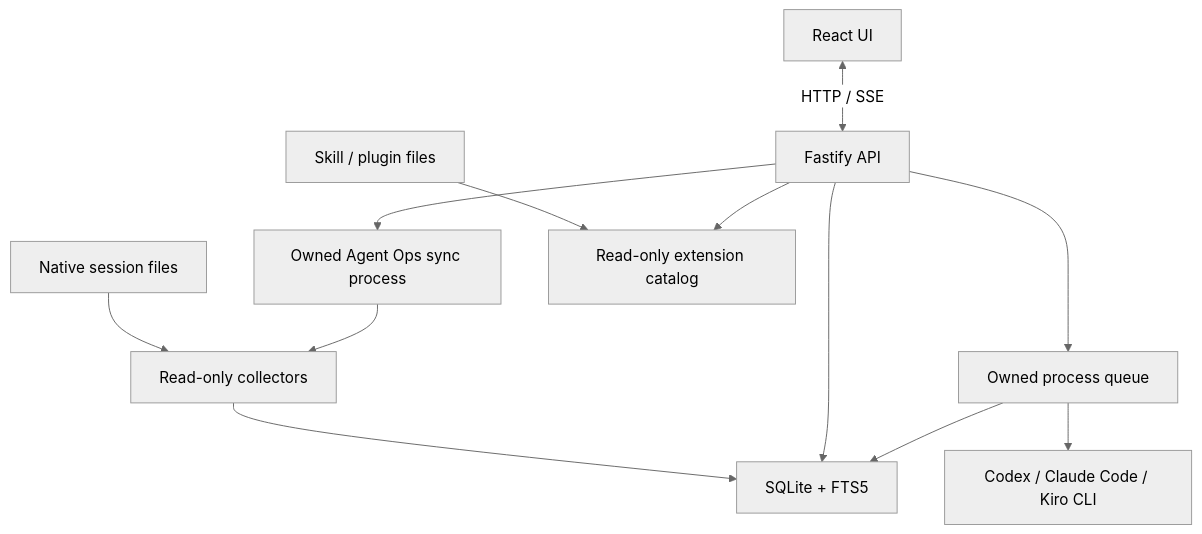
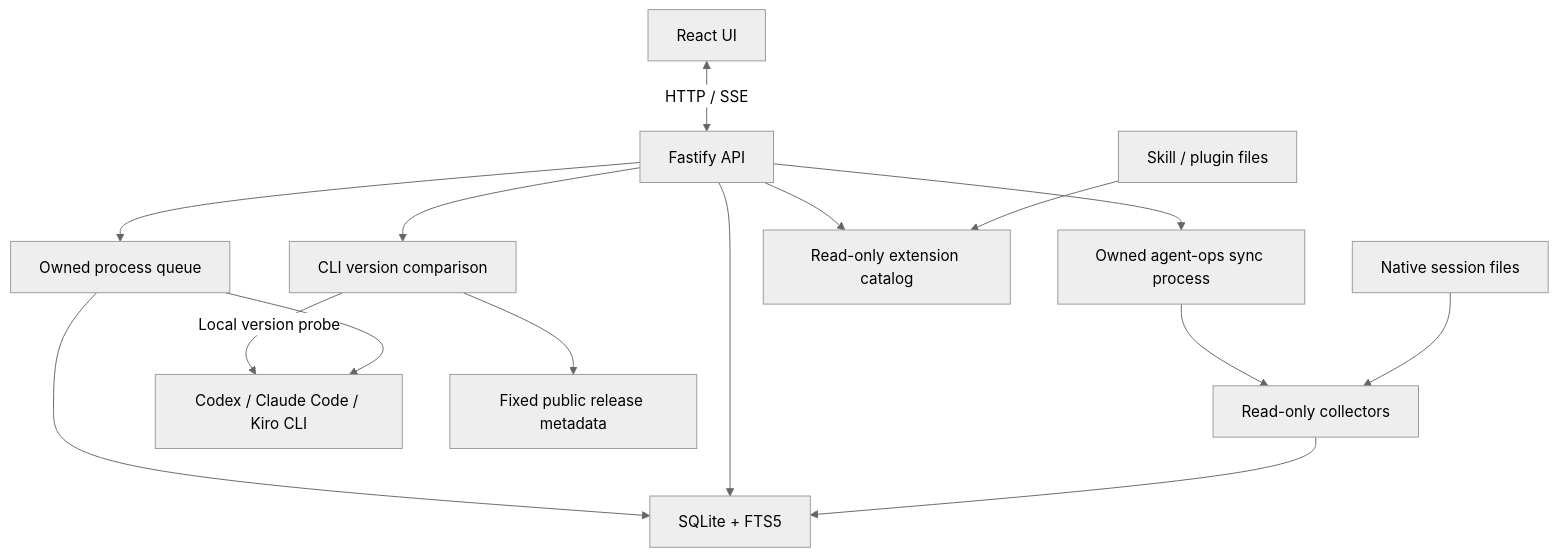
The diagram in docs/architecture.md (whchoi98/agent-ops), drawn with Mermaid (neutral theme) before and after one commit. The commit also changed other lines of this file and 31 other files, not shown here.

Commit message:
feat: name the app my-agent-ops and initialize project docs

````diff
--- a/docs/architecture.md
+++ b/docs/architecture.md
@@ -5,14 +5,17 @@
 ```mermaid
 flowchart TB
     UI["React UI"] <-->|HTTP / SSE| API["Fastify API"]
     Sources["Native session files"] --> Import["Read-only collectors"]
-    API --> Sync["Owned Agent Ops sync process"]
+    API --> Sync["Owned agent-ops sync process"]
     Sync --> Import
     Import --> Store["SQLite + FTS5"]
     API --> Store
     API --> Queue["Owned process queue"]
     Queue --> CLI["Codex / Claude Code / Kiro CLI"]
     Queue --> Store
     Extensions["Skill / plugin files"] --> Catalog["Read-only extension catalog"]
     API --> Catalog
+    API --> Versions["CLI version comparison"]
+    Versions --> Releases["Fixed public release metadata"]
+    Versions -->|Local version probe| CLI
 ```
````
